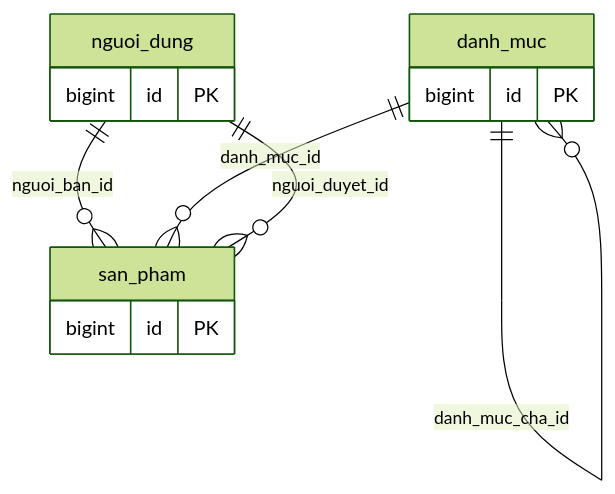
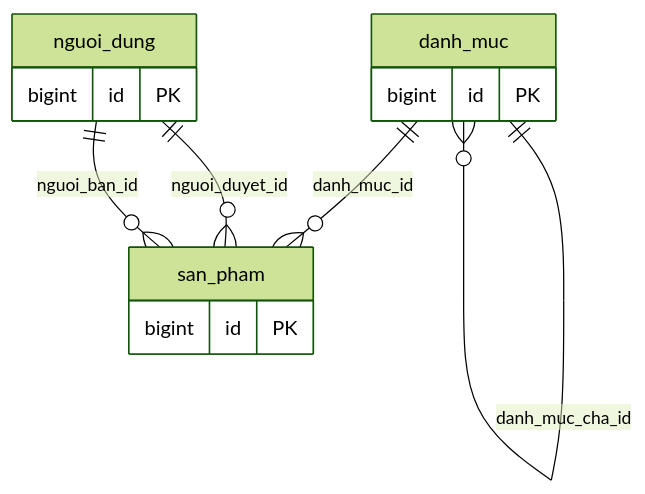
One commit to NguyenQuocViet26122005/DoAn4_HeThongDauGiaTrucTuyen changed the second of 9 diagrams in co-so-du-lieu/SO-DO-QUAN-HE.md. Above: the diagram before and after it, drawn with Mermaid (forest theme). The commit also changed other lines of this file and 106 other files, not shown here.

````diff
--- a/co-so-du-lieu/SO-DO-QUAN-HE.md
+++ b/co-so-du-lieu/SO-DO-QUAN-HE.md
@@ -25,16 +25,16 @@
 ```mermaid
 erDiagram
     danh_muc {
         bigint id PK
     }
     nguoi_dung {
         bigint id PK
     }
     san_pham {
         bigint id PK
     }
     danh_muc ||--o{ danh_muc : "danh_muc_cha_id"
-    nguoi_dung ||--o{ san_pham : "nguoi_ban_id"
     danh_muc ||--o{ san_pham : "danh_muc_id"
     nguoi_dung ||--o{ san_pham : "nguoi_duyet_id"
+    nguoi_dung ||--o{ san_pham : "nguoi_ban_id"
 ```
````
